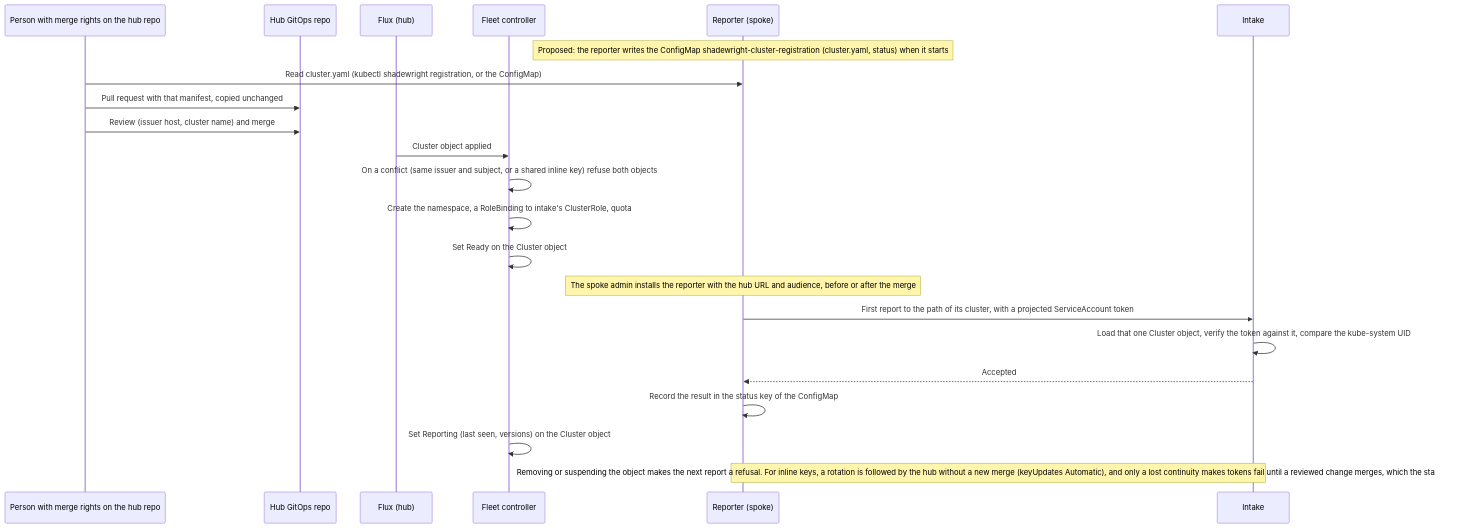
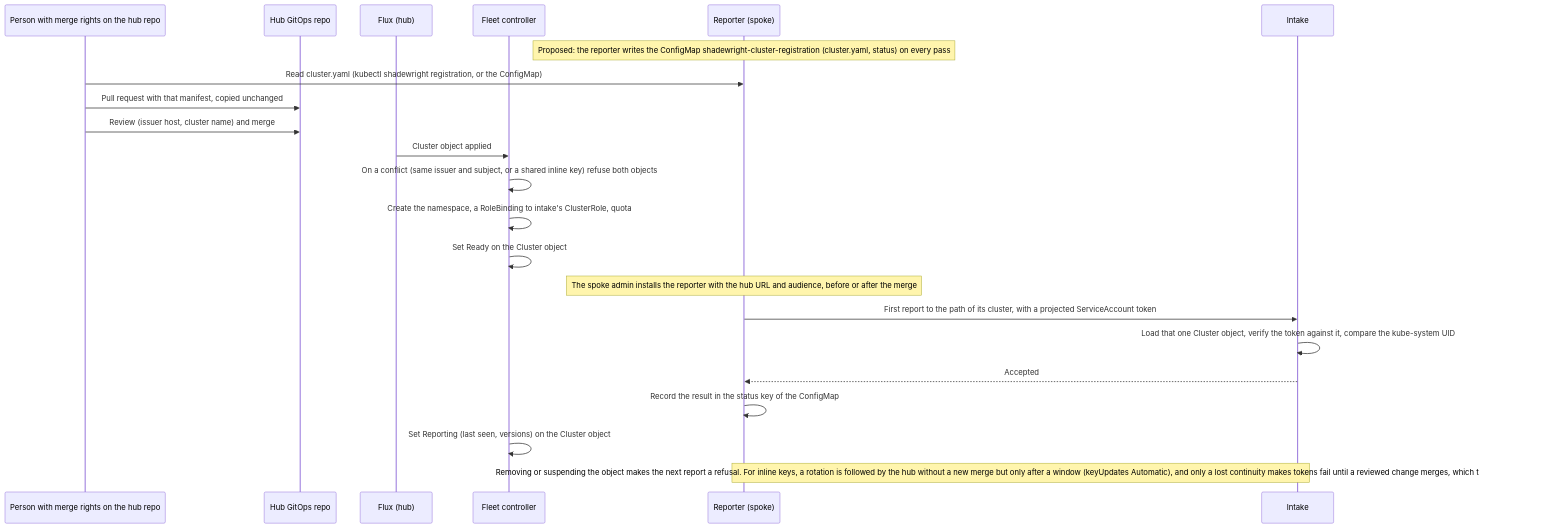
The first of 2 diagrams in docs/adr/0038-control-plane-mode-a-hub-that-many-clusters-report-to.md (pkalin/shadewright), drawn with Mermaid before and after one commit. The commit also changed other lines of this file and 1 other file, not shown here.

First line of the commit message:
docs(adr): make key continuity slow and visible, split key writes between intake and the fleet controller

````diff
--- a/docs/adr/0038-control-plane-mode-a-hub-that-many-clusters-report-to.md
+++ b/docs/adr/0038-control-plane-mode-a-hub-that-many-clusters-report-to.md
@@ -97,24 +98,24 @@
 ```mermaid
 sequenceDiagram
     participant P as Person with merge rights on the hub repo
     participant R as Hub GitOps repo
     participant F as Flux (hub)
     participant C as Fleet controller
     participant S as Reporter (spoke)
     participant I as Intake
-    Note over S: Proposed: the reporter writes the ConfigMap shadewright-cluster-registration (cluster.yaml, status) when it starts
+    Note over S: Proposed: the reporter writes the ConfigMap shadewright-cluster-registration (cluster.yaml, status) on every pass
     P->>S: Read cluster.yaml (kubectl shadewright registration, or the ConfigMap)
     P->>R: Pull request with that manifest, copied unchanged
     P->>R: Review (issuer host, cluster name) and merge
     F->>C: Cluster object applied
     C->>C: On a conflict (same issuer and subject, or a shared inline key) refuse both objects
     C->>C: Create the namespace, a RoleBinding to intake's ClusterRole, quota
     C->>C: Set Ready on the Cluster object
     Note over S: The spoke admin installs the reporter with the hub URL and audience, before or after the merge
     S->>I: First report to the path of its cluster, with a projected ServiceAccount token
     I->>I: Load that one Cluster object, verify the token against it, compare the kube-system UID
     I-->>S: Accepted
     S->>S: Record the result in the status key of the ConfigMap
     C->>C: Set Reporting (last seen, versions) on the Cluster object
-    Note over S,I: Removing or suspending the object makes the next report a refusal. For inline keys, a rotation is followed by the hub without a new merge (keyUpdates Automatic), and only a lost continuity makes tokens fail until a reviewed change merges, which the status key says
+    Note over S,I: Removing or suspending the object makes the next report a refusal. For inline keys, a rotation is followed by the hub without a new merge but only after a window (keyUpdates Automatic), and only a lost continuity makes tokens fail until a reviewed change merges, which the status key says
 ```
````
